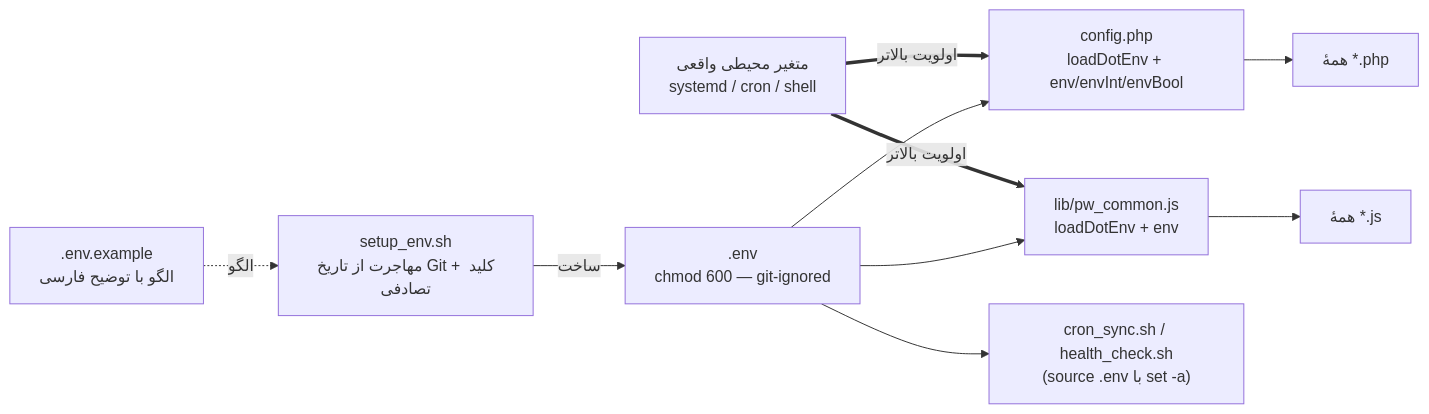
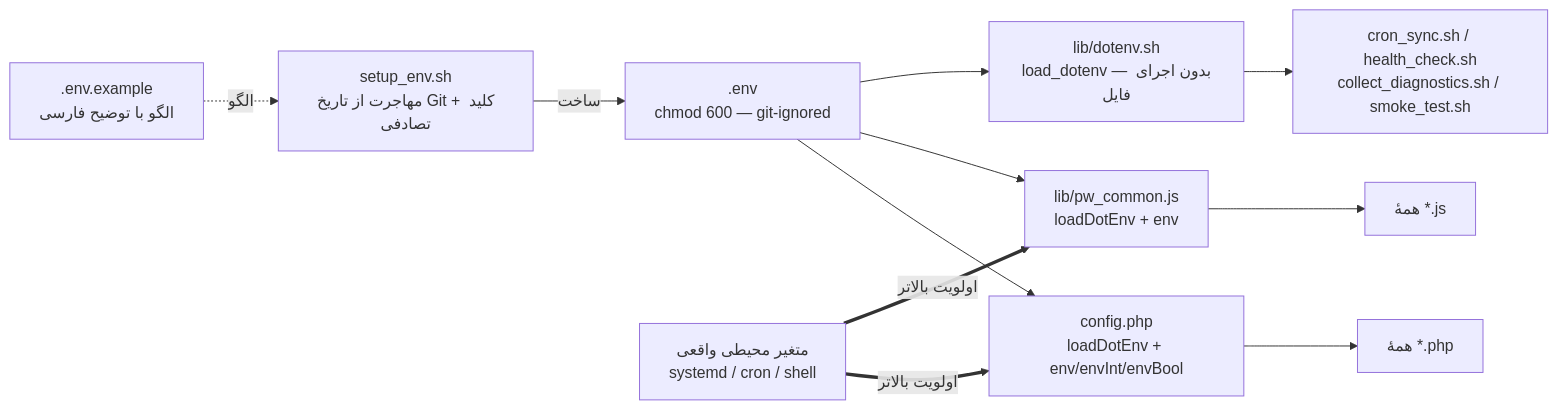
The eighth of 8 diagrams in ARCHITECTURE.md (ahmad75naraghi/send-massages), drawn with Mermaid before and after one commit. The commit also changed other lines of this file and 11 other files, not shown here.

````diff
--- a/ARCHITECTURE.md
+++ b/ARCHITECTURE.md
@@ -783,19 +783,21 @@
 ```mermaid
 flowchart LR
     E[".env<br/>chmod 600 — git-ignored"]
     EX[".env.example<br/>الگو با توضیح فارسی"]
     SU["setup_env.sh<br/>مهاجرت از تاریخ Git + کلید تصادفی"]
     CP["config.php<br/>loadDotEnv + env/envInt/envBool"]
     PW["lib/pw_common.js<br/>loadDotEnv + env"]
     OS["متغیر محیطی واقعی<br/>systemd / cron / shell"]
 
     EX -.->|الگو| SU
     SU -->|ساخت| E
     E --> CP
     E --> PW
     OS ==>|اولویت بالاتر| CP
     OS ==>|اولویت بالاتر| PW
     CP --> P["همهٔ *.php"]
     PW --> N["همهٔ *.js"]
-    E --> SH["cron_sync.sh / health_check.sh<br/>(source .env با set -a)"]
+    DS["lib/dotenv.sh<br/>load_dotenv — بدون اجرای فایل"]
+    E --> DS
+    DS --> SH["cron_sync.sh / health_check.sh<br/>collect_diagnostics.sh / smoke_test.sh"]
 ```
````
